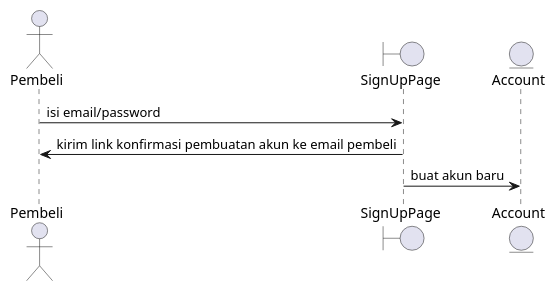
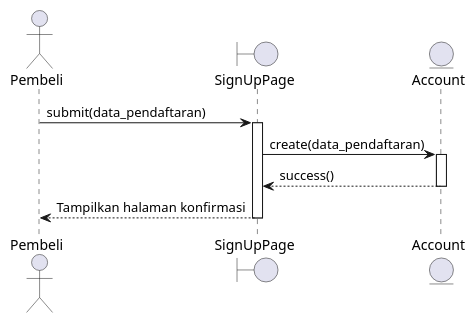
One commit to stnDinus/skpl-rkpl-diagrams changed the diagram in signup_seq.puml. Above: the diagram before and after it, drawn with PlantUML. The commit also changed 33 other files, not shown here.

```diff
--- a/signup_seq.puml
+++ b/signup_seq.puml
@@ -1,10 +1,14 @@
 @startuml
 actor Pembeli
 boundary SignUpPage
 entity Account
 
-Pembeli -> SignUpPage: isi email/password
-SignUpPage -> Pembeli: kirim link konfirmasi pembuatan akun ke email pembeli
-SignUpPage -> Account: buat akun baru
-
+Pembeli -> SignUpPage : submit(data_pendaftaran)
+activate SignUpPage
+SignUpPage -> Account : create(data_pendaftaran)
+activate Account
+Account --> SignUpPage : success()
+deactivate Account
+SignUpPage --> Pembeli : Tampilkan halaman konfirmasi
+deactivate SignUpPage
 @enduml
```
